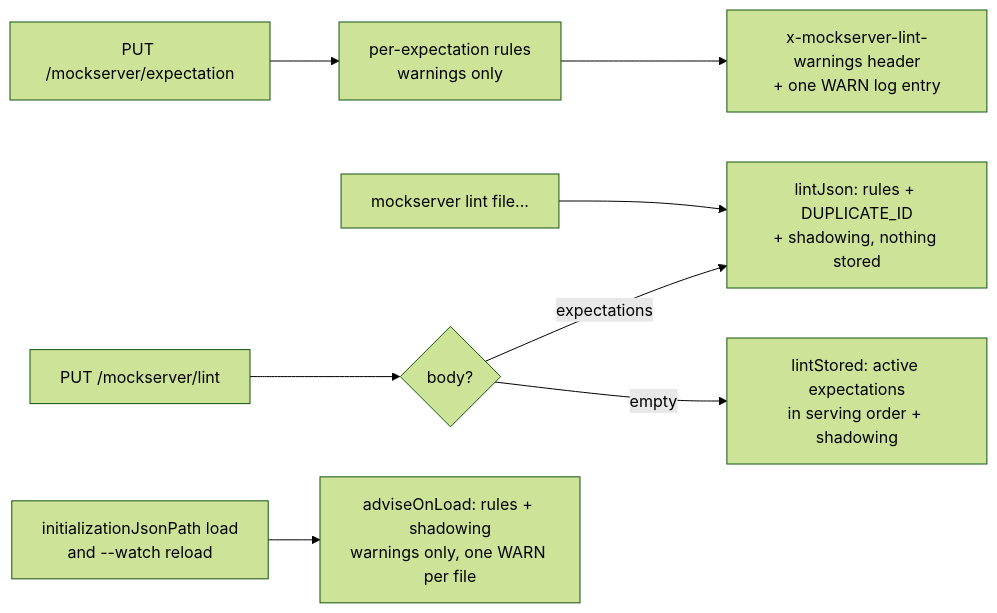
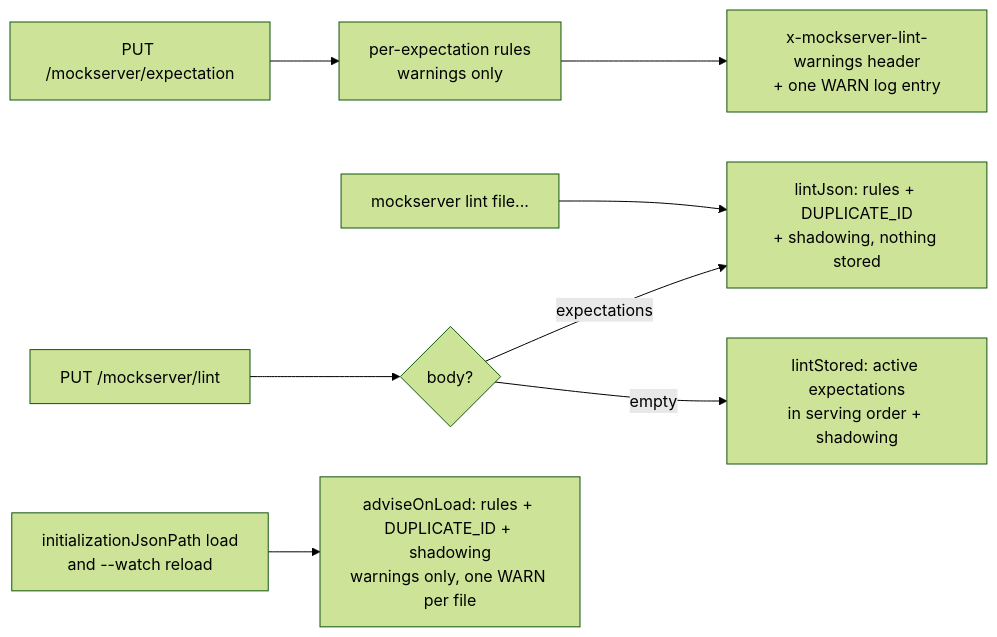
The sixth of 21 diagrams in docs/code/request-processing.md (mock-server/mockserver), drawn with Mermaid (forest theme) before and after one commit. The commit also changed other lines of this file and 5 other files, not shown here.

````diff
--- a/docs/code/request-processing.md
+++ b/docs/code/request-processing.md
@@ -512,16 +512,16 @@
 ```mermaid
 flowchart LR
     P["PUT /mockserver/expectation"] --> E["per-expectation rules
 warnings only"]
     E --> H["x-mockserver-lint-warnings header
 + one WARN log entry"]
     L["PUT /mockserver/lint"] --> B{"body?"}
     B -- "expectations" --> J["lintJson: rules + DUPLICATE_ID
 + shadowing, nothing stored"]
     B -- "empty" --> S["lintStored: active expectations
 in serving order + shadowing"]
     C["mockserver lint file..."] --> J
     F["initializationJsonPath load
-and --watch reload"] --> O["adviseOnLoad: rules + shadowing
+and --watch reload"] --> O["adviseOnLoad: rules + DUPLICATE_ID + shadowing
 warnings only, one WARN per file"]
 ```
````
